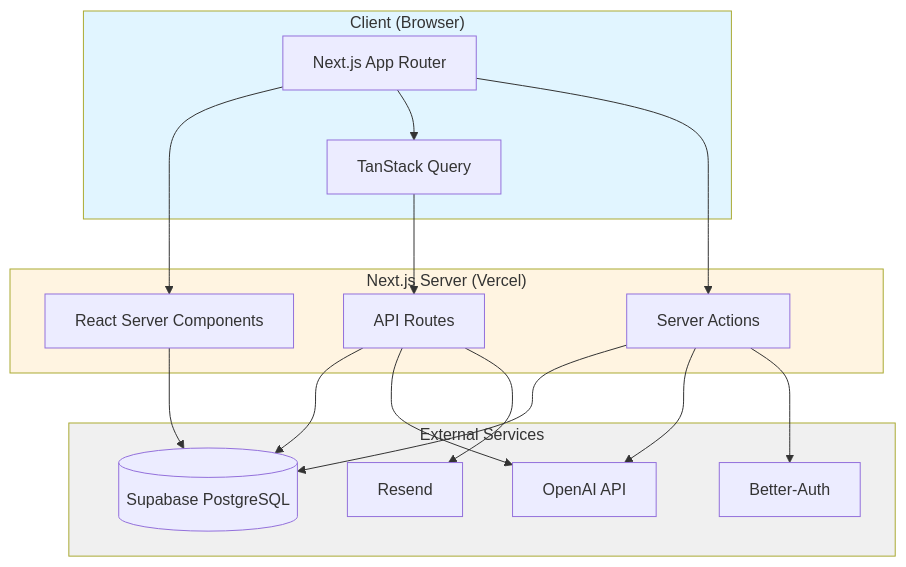
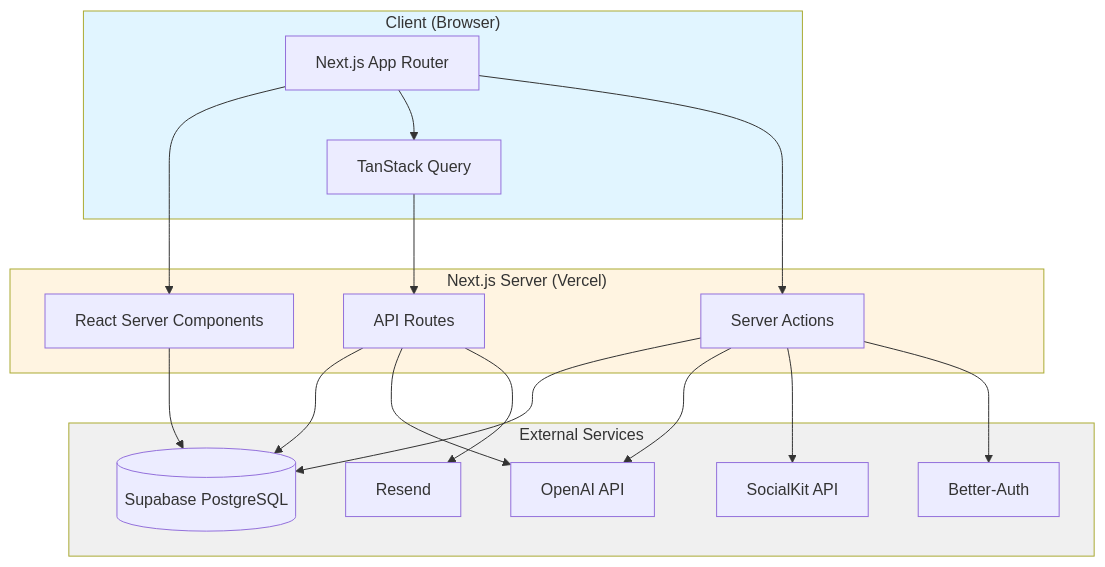
Before and after one commit to hugoganet/hack_the_gap: the diagram in documentation_starter_pack/docs/tech_stack.md, drawn with Mermaid. The commit also changed other lines of this file and 18 other files, not shown here.

````diff
--- a/documentation_starter_pack/docs/tech_stack.md
+++ b/documentation_starter_pack/docs/tech_stack.md
@@ -30,39 +30,41 @@
 ```mermaid
 flowchart TB
     subgraph Client["Client (Browser)"]
         UI[Next.js App Router]
         RQ[TanStack Query]
     end
 
     subgraph Server["Next.js Server (Vercel)"]
         API[API Routes]
         SA[Server Actions]
         RSC[React Server Components]
     end
 
     subgraph External["External Services"]
         DB[(Supabase PostgreSQL)]
         AI[OpenAI API]
+        SK[SocialKit API]
         Email[Resend]
         Auth[Better-Auth]
     end
 
     UI --> RSC
     UI --> RQ
     RQ --> API
     UI --> SA
     
     API --> DB
     SA --> DB
     RSC --> DB
     
     API --> AI
     SA --> AI
+    SA --> SK
     
     API --> Email
     SA --> Auth
     
     style Client fill:#e1f5ff
     style Server fill:#fff4e1
     style External fill:#f0f0f0
 ```
````
